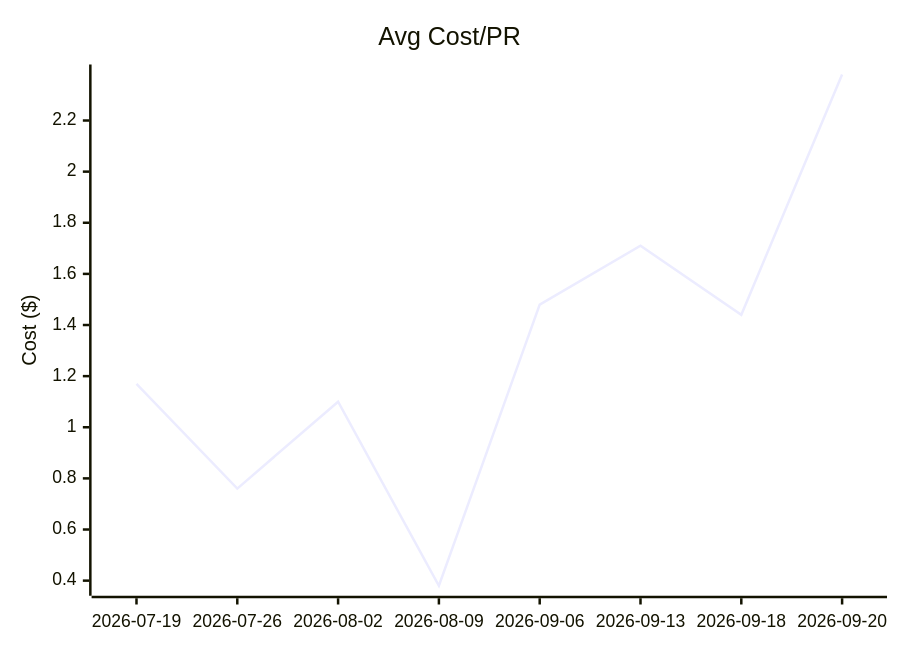
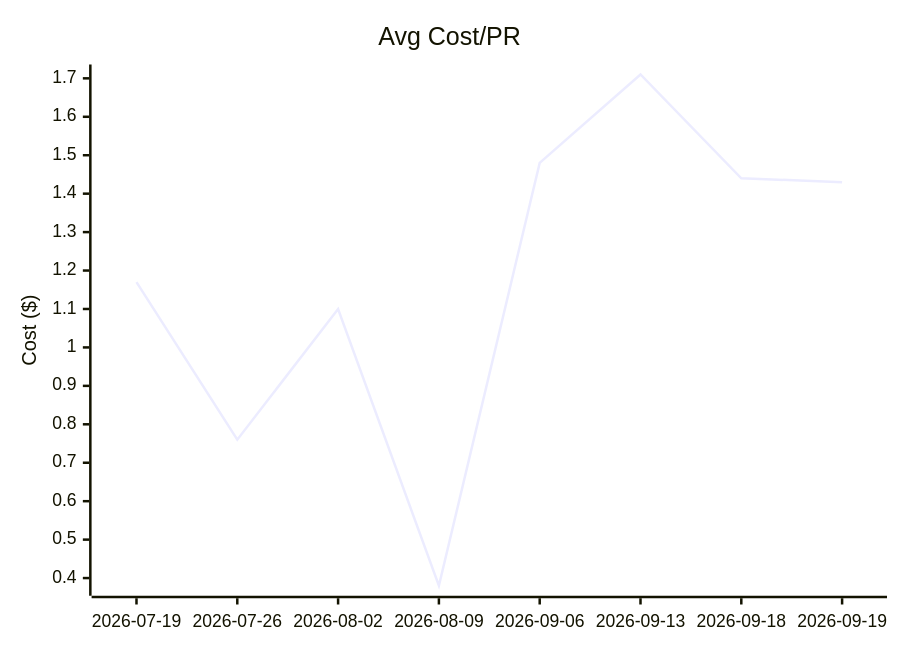
One commit to Sanctum-Origo-Systems/autoloop changed the second of 3 diagrams in EVAL.md. Above: the diagram before and after it, drawn with Mermaid. The commit also changed other lines of this file and 1 other file, not shown here.

````diff
--- a/EVAL.md
+++ b/EVAL.md
@@ -39,7 +39,7 @@
 ```mermaid
 xychart-beta
     title "Avg Cost/PR"
-    x-axis ["2026-07-19", "2026-07-26", "2026-08-02", "2026-08-09", "2026-09-06", "2026-09-13", "2026-09-18", "2026-09-20"]
+    x-axis ["2026-07-19", "2026-07-26", "2026-08-02", "2026-08-09", "2026-09-06", "2026-09-13", "2026-09-18", "2026-09-19"]
     y-axis "Cost ($)"
-    line [1.17, 0.76, 1.10, 0.38, 1.48, 1.71, 1.44, 2.38]
+    line [1.17, 0.76, 1.10, 0.38, 1.48, 1.71, 1.44, 1.43]
 ```
````
